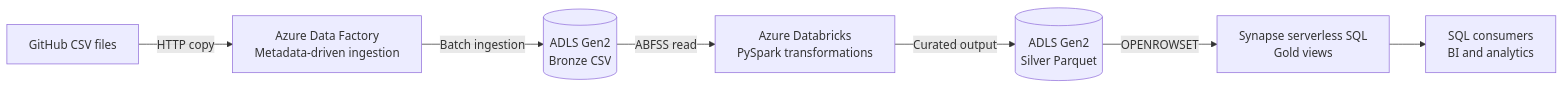
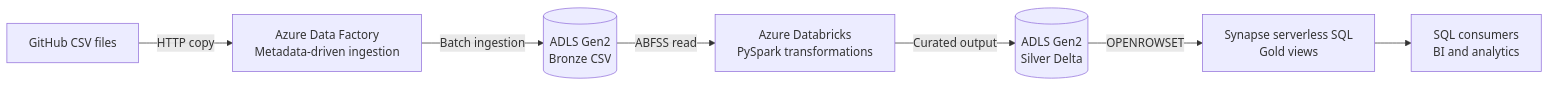
One commit to achyutha-kothapalli/Azure_Databricks_Project changed the diagram in README.md. Above: the diagram before and after it, drawn with Mermaid. The commit also changed other lines of this file and 2 other files, not shown here.

````diff
--- a/README.md
+++ b/README.md
@@ -22,17 +22,17 @@
 ```mermaid
 flowchart LR
     source["GitHub CSV files"]
     adf["Azure Data Factory<br/>Metadata-driven ingestion"]
     bronze[("ADLS Gen2<br/>Bronze CSV")]
     dbx["Azure Databricks<br/>PySpark transformations"]
-    silver[("ADLS Gen2<br/>Silver Parquet")]
+    silver[("ADLS Gen2<br/>Silver Delta")]
     synapse["Synapse serverless SQL<br/>Gold views"]
     consumer["SQL consumers<br/>BI and analytics"]
 
     source -->|"HTTP copy"| adf
     adf -->|"Batch ingestion"| bronze
     bronze -->|"ABFSS read"| dbx
     dbx -->|"Curated output"| silver
     silver -->|"OPENROWSET"| synapse
     synapse --> consumer
 ```
````
